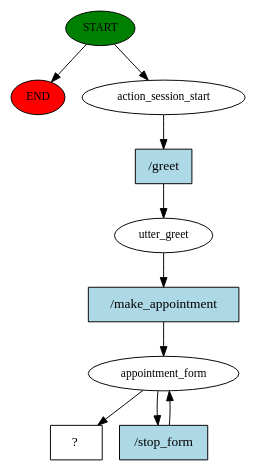
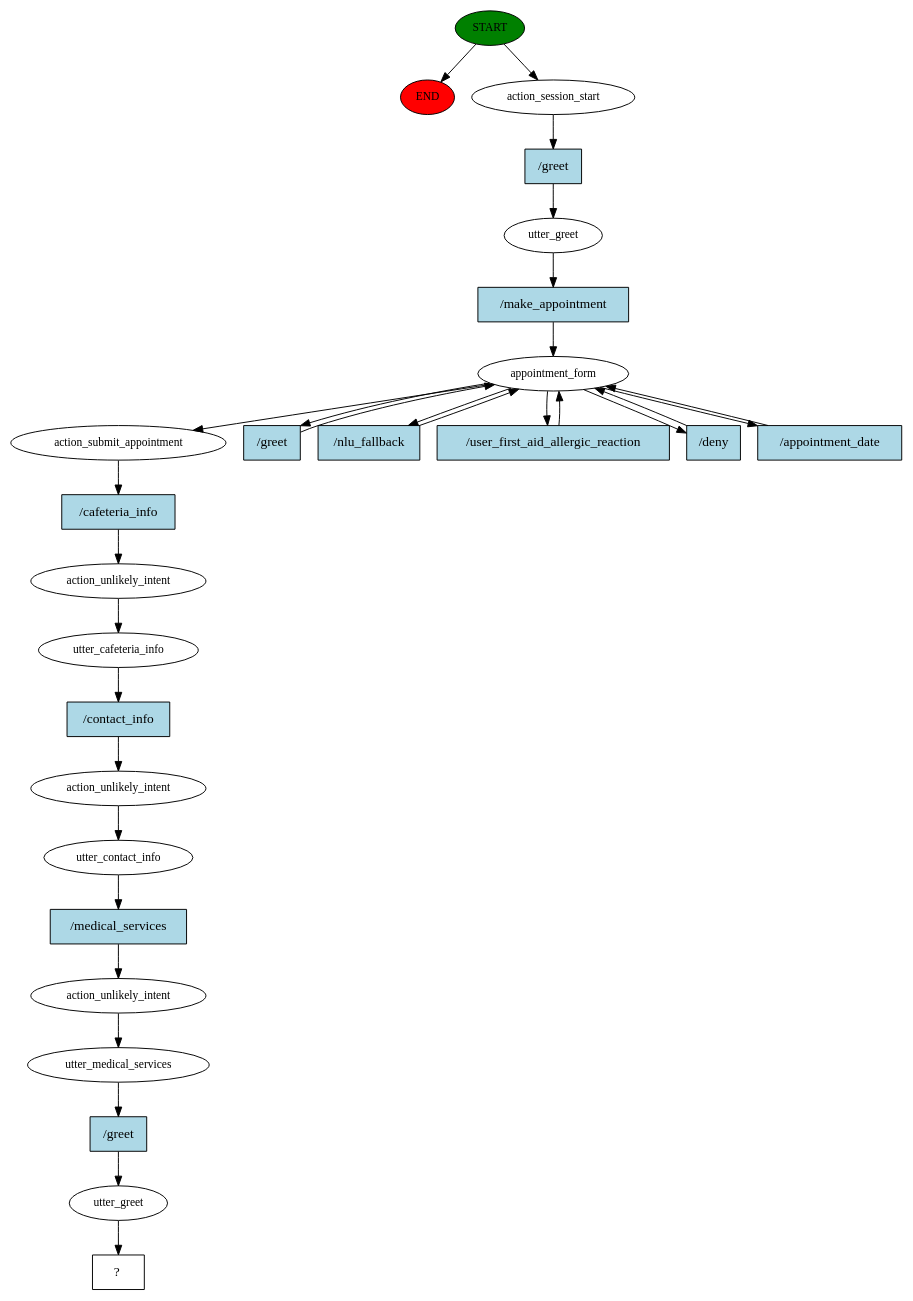
One commit to Localized-Medical-Chatbot/Medical_Chatbot changed the diagram in story_graph.dot. Above: the diagram before and after it, drawn with Graphviz. The commit also changed 5 other files, not shown here.

```diff
--- a/story_graph.dot
+++ b/story_graph.dot
@@ -1,20 +1,56 @@
 digraph  {
 0 [class="start active", fillcolor=green, fontsize=12, label=START, style=filled];
 "-1" [class=end, fillcolor=red, fontsize=12, label=END, style=filled];
 1 [class=active, fontsize=12, label=action_session_start];
 2 [class=active, fontsize=12, label=utter_greet];
 3 [class=active, fontsize=12, label=appointment_form];
-5 [class="intent dashed active", label="  ?  ", shape=rect];
-6 [class="intent active", fillcolor=lightblue, label="/greet", shape=rect, style=filled];
-7 [class="intent active", fillcolor=lightblue, label="/make_appointment", shape=rect, style=filled];
-8 [class="intent active", fillcolor=lightblue, label="/stop_form", shape=rect, style=filled];
+10 [class=active, fontsize=12, label=action_submit_appointment];
+11 [class=active, fontsize=12, label=action_unlikely_intent];
+12 [class=active, fontsize=12, label=utter_cafeteria_info];
+13 [class=active, fontsize=12, label=action_unlikely_intent];
+14 [class=active, fontsize=12, label=utter_contact_info];
+15 [class=active, fontsize=12, label=action_unlikely_intent];
+16 [class=active, fontsize=12, label=utter_medical_services];
+17 [class=active, fontsize=12, label=utter_greet];
+18 [class="intent dashed active", label="  ?  ", shape=rect];
+19 [class="intent active", fillcolor=lightblue, label="/greet", shape=rect, style=filled];
+20 [class="intent active", fillcolor=lightblue, label="/make_appointment", shape=rect, style=filled];
+21 [class="intent active", fillcolor=lightblue, label="/greet", shape=rect, style=filled];
+22 [class="intent active", fillcolor=lightblue, label="/nlu_fallback", shape=rect, style=filled];
+23 [class="intent active", fillcolor=lightblue, label="/user_first_aid_allergic_reaction", shape=rect, style=filled];
+24 [class="intent active", fillcolor=lightblue, label="/deny", shape=rect, style=filled];
+25 [class="intent active", fillcolor=lightblue, label="/appointment_date", shape=rect, style=filled];
+26 [class="intent active", fillcolor=lightblue, label="/cafeteria_info", shape=rect, style=filled];
+27 [class="intent active", fillcolor=lightblue, label="/contact_info", shape=rect, style=filled];
+28 [class="intent active", fillcolor=lightblue, label="/medical_services", shape=rect, style=filled];
+29 [class="intent active", fillcolor=lightblue, label="/greet", shape=rect, style=filled];
 0 -> "-1"  [class="", key=NONE, label=""];
 0 -> 1  [class=active, key=NONE, label=""];
-1 -> 6  [class=active, key=0];
-2 -> 7  [class=active, key=0];
-3 -> 5  [class=active, key=NONE, label=""];
-3 -> 8  [class=active, key=0];
-6 -> 2  [class=active, key=0];
-7 -> 3  [class=active, key=0];
-8 -> 3  [class=active, key=0];
+1 -> 19  [class=active, key=0];
+2 -> 20  [class=active, key=0];
+3 -> 10  [class=active, key=NONE, label=""];
+3 -> 21  [class=active, key=0];
+3 -> 22  [class=active, key=0];
+3 -> 23  [class=active, key=0];
+3 -> 24  [class=active, key=0];
+3 -> 25  [class=active, key=0];
+10 -> 26  [class=active, key=0];
+11 -> 12  [class=active, key=NONE, label=""];
+12 -> 27  [class=active, key=0];
+13 -> 14  [class=active, key=NONE, label=""];
+14 -> 28  [class=active, key=0];
+15 -> 16  [class=active, key=NONE, label=""];
+16 -> 29  [class=active, key=0];
+17 -> 18  [class=active, key=NONE, label=""];
+19 -> 2  [class=active, key=0];
+20 -> 3  [class=active, key=0];
+21 -> 3  [class=active, key=0];
+22 -> 3  [class=active, key=0];
+23 -> 3  [class=active, key=0];
+24 -> 3  [class=active, key=0];
+25 -> 3  [class=active, key=0];
+26 -> 11  [class=active, key=0];
+27 -> 13  [class=active, key=0];
+28 -> 15  [class=active, key=0];
+29 -> 17  [class=active, key=0];
 }
```
